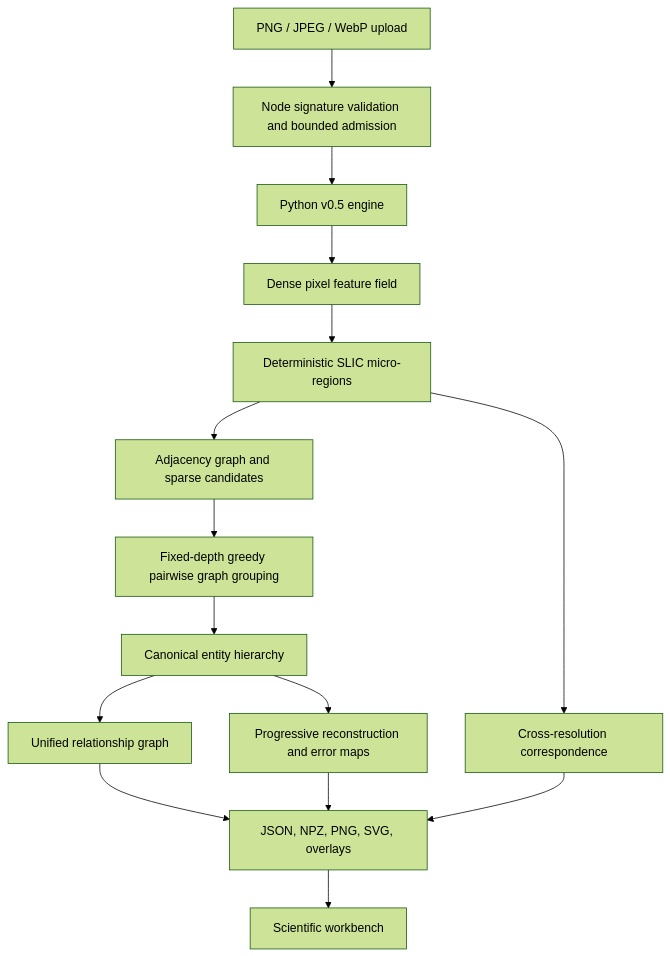
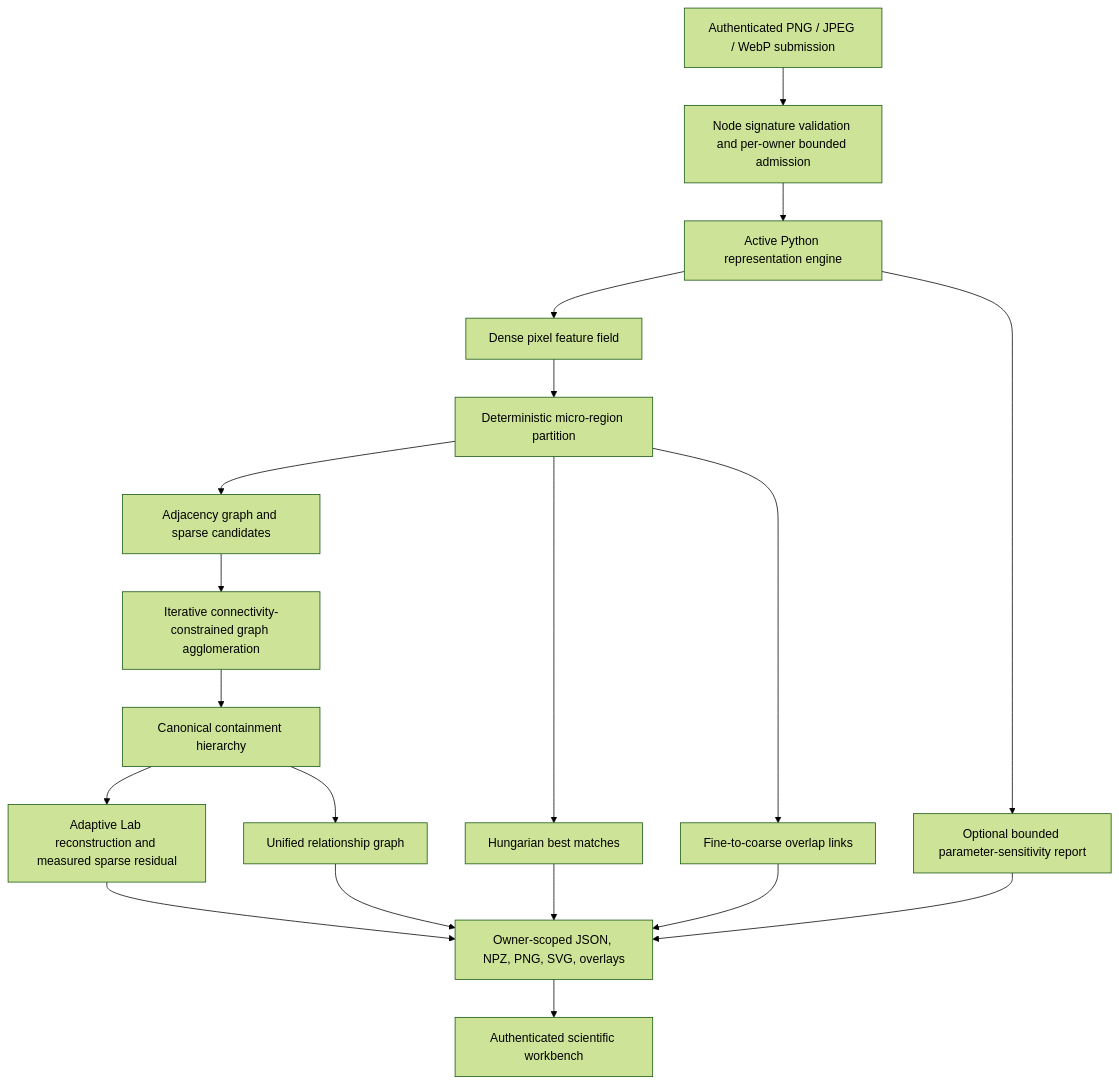
One commit to TANMOY-SARKAR-cmd/hierarchical-image-representation changed the diagram in docs/architecture.md. Above: the diagram before and after it, drawn with Mermaid (forest theme). The commit also changed other lines of this file and 27 other files, not shown here.

````diff
--- a/docs/architecture.md
+++ b/docs/architecture.md
@@ -3,17 +3,21 @@
 ```mermaid
 flowchart TD
-  U[PNG / JPEG / WebP upload] --> N[Node signature validation and bounded admission]
-  N --> P[Python v0.5 engine]
+  U[Authenticated PNG / JPEG / WebP submission] --> N[Node signature validation and per-owner bounded admission]
+  N --> P[Active Python representation engine]
   P --> F[Dense pixel feature field]
-  F --> S[Deterministic SLIC micro-regions]
+  F --> S[Deterministic micro-region partition]
   S --> R[Adjacency graph and sparse candidates]
-  R --> A[Fixed-depth greedy pairwise graph grouping]
-  A --> H[Canonical entity hierarchy]
+  R --> A[Iterative connectivity-constrained graph agglomeration]
+  A --> H[Canonical containment hierarchy]
+  S --> M[Hungarian best matches]
+  S --> O[Fine-to-coarse overlap links]
+  H --> D[Adaptive Lab reconstruction and measured sparse residual]
+  P --> Q[Optional bounded parameter-sensitivity report]
   H --> G[Unified relationship graph]
-  S --> C[Cross-resolution correspondence]
-  H --> D[Progressive reconstruction and error maps]
-  G --> X[JSON, NPZ, PNG, SVG, overlays]
-  C --> X
+  G --> X[Owner-scoped JSON, NPZ, PNG, SVG, overlays]
+  M --> X
+  O --> X
   D --> X
-  X --> W[Scientific workbench]
+  Q --> X
+  X --> W[Authenticated scientific workbench]
 ```
````
